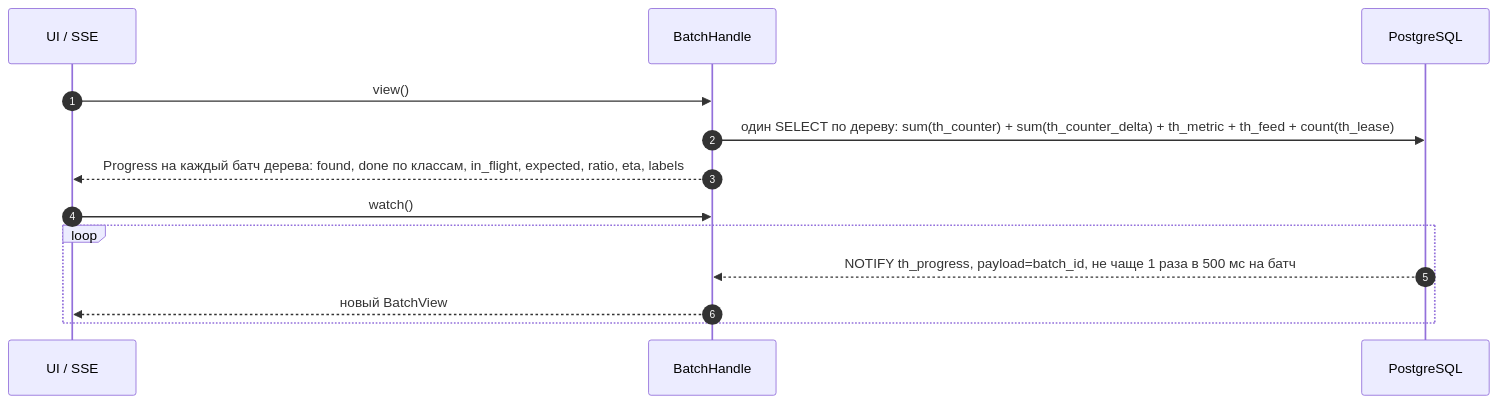
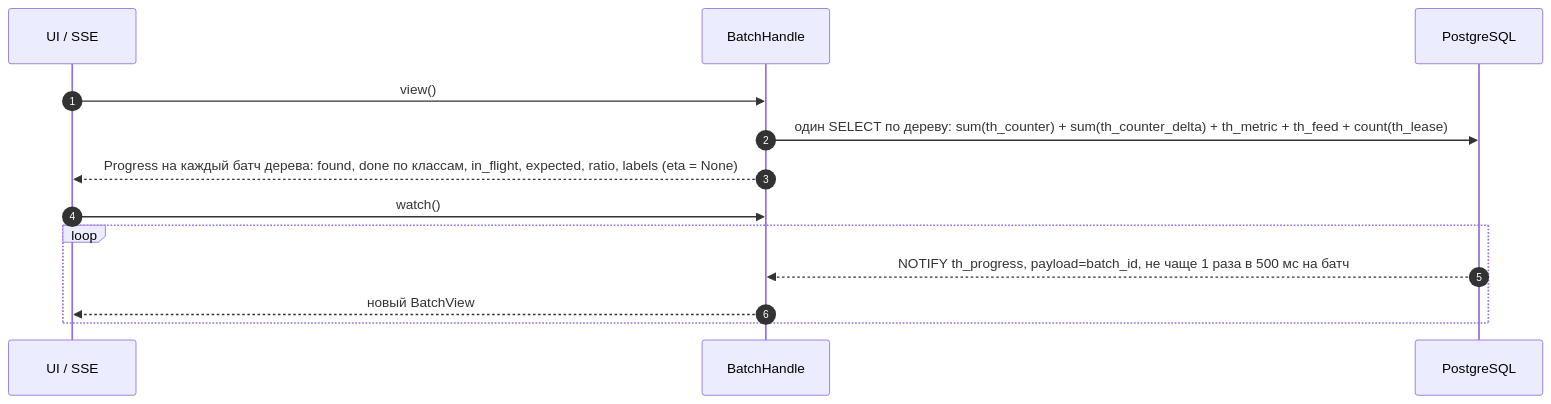
One commit to 0cherednoq/Tallyho changed diagram 25 of 40 in docs/ARCHITECTURE.md. Above: the diagram before and after it, drawn with Mermaid. The commit also changed other lines of this file and 10 other files, not shown here.

````diff
--- a/docs/ARCHITECTURE.md
+++ b/docs/ARCHITECTURE.md
@@ -1261,16 +1261,16 @@
 ```mermaid
 sequenceDiagram
     autonumber
     participant UI as UI / SSE
     participant H as BatchHandle
     participant DB as PostgreSQL
 
     UI->>H: view()
     H->>DB: один SELECT по дереву: sum(th_counter) + sum(th_counter_delta) + th_metric + th_feed + count(th_lease)
-    H-->>UI: Progress на каждый батч дерева: found, done по классам, in_flight, expected, ratio, eta, labels
+    H-->>UI: Progress на каждый батч дерева: found, done по классам, in_flight, expected, ratio, labels (eta = None)
     UI->>H: watch()
     loop
         DB-->>H: NOTIFY th_progress, payload=batch_id, не чаще 1 раза в 500 мс на батч
         H-->>UI: новый BatchView
     end
 ```
````
